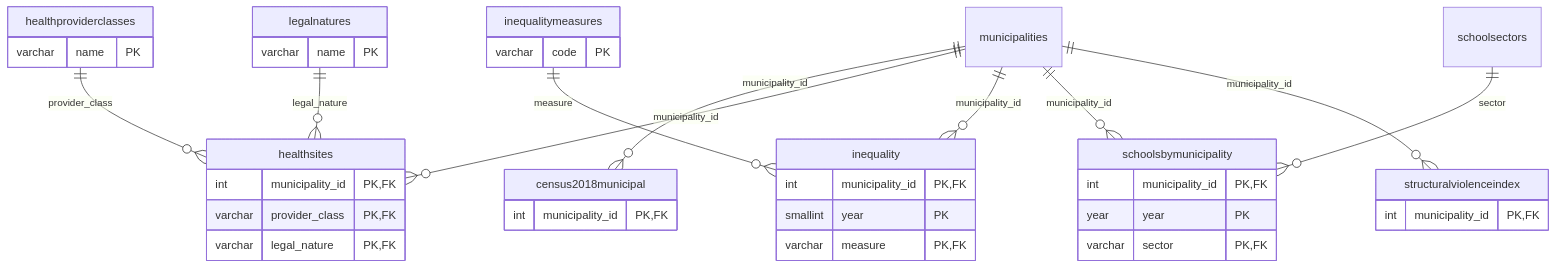
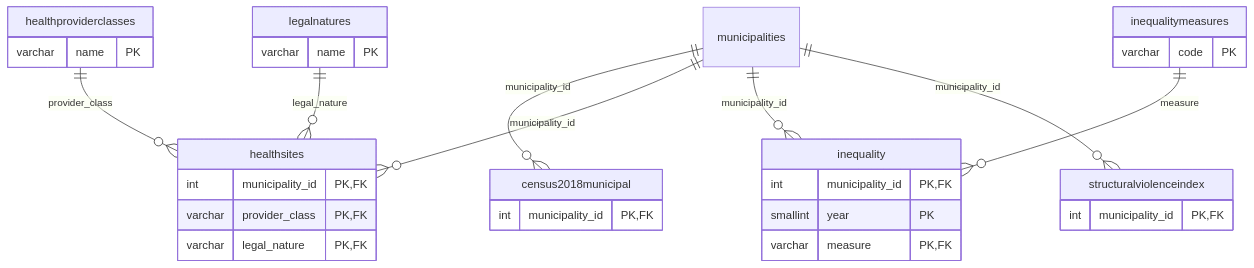
Before and after one commit to jaolartem/ColombiaEd-ViolenceImpact: the fifth of 10 diagrams in docs/model_diagram.md, drawn with Mermaid. The commit also changed other lines of this file and 12 other files, not shown here.

````diff
--- a/docs/model_diagram.md
+++ b/docs/model_diagram.md
@@ -251,46 +251,37 @@
 ```mermaid
 erDiagram
     census2018municipal {
         int municipality_id PK, FK
     }
     healthproviderclasses {
         varchar name PK
     }
     healthsites {
         int municipality_id PK, FK
         varchar provider_class PK, FK
         varchar legal_nature PK, FK
     }
     inequality {
         int municipality_id PK, FK
         smallint year PK
         varchar measure PK, FK
     }
     inequalitymeasures {
         varchar code PK
     }
     legalnatures {
         varchar name PK
     }
-    schoolsbymunicipality {
-        int municipality_id PK, FK
-        year year PK
-        varchar sector PK, FK
-    }
     structuralviolenceindex {
         int municipality_id PK, FK
     }
     municipalities {
     }
     municipalities ||--o{ census2018municipal : municipality_id
     municipalities ||--o{ healthsites : municipality_id
     healthproviderclasses ||--o{ healthsites : provider_class
     legalnatures ||--o{ healthsites : legal_nature
     municipalities ||--o{ inequality : municipality_id
     inequalitymeasures ||--o{ inequality : measure
-    municipalities ||--o{ schoolsbymunicipality : municipality_id
-    schoolsectors {
-    }
-    schoolsectors ||--o{ schoolsbymunicipality : sector
     municipalities ||--o{ structuralviolenceindex : municipality_id
 ```
````
